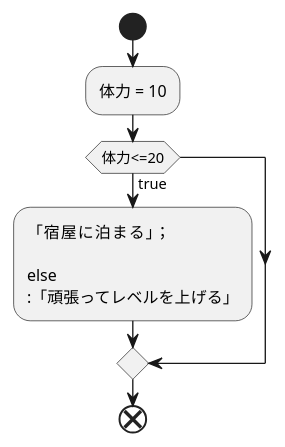
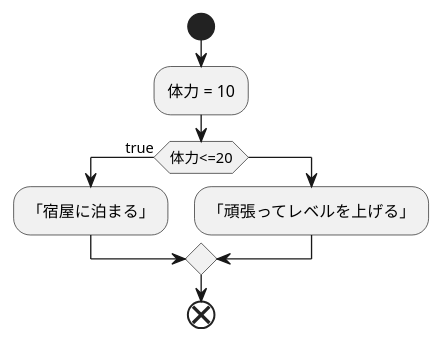
The diagram in kadai2.md (aso2001362/2021sys-design), drawn with PlantUML before and after one commit.

````diff
--- a/kadai2.md
+++ b/kadai2.md
@@ -1,13 +1,13 @@
 ```uml
 @startuml
 start
 :体力 = 10;
 if(体力<=20)then(true)
-:「宿屋に泊まる」；
+:「宿屋に泊まる」;
 
 else
 :「頑張ってレベルを上げる」;
 endif
 end
 @enduml
 ```
````
